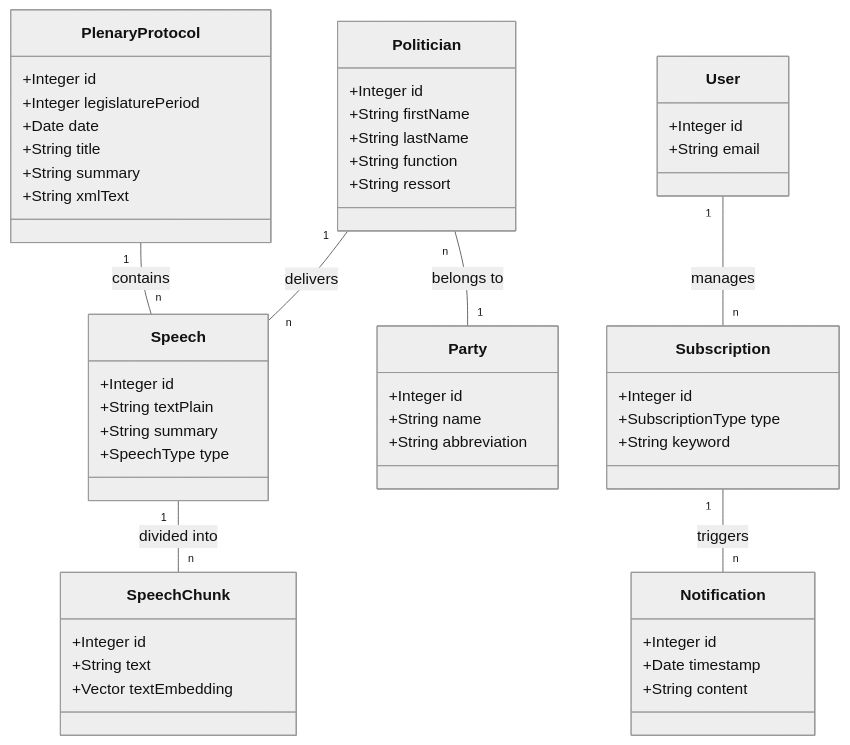
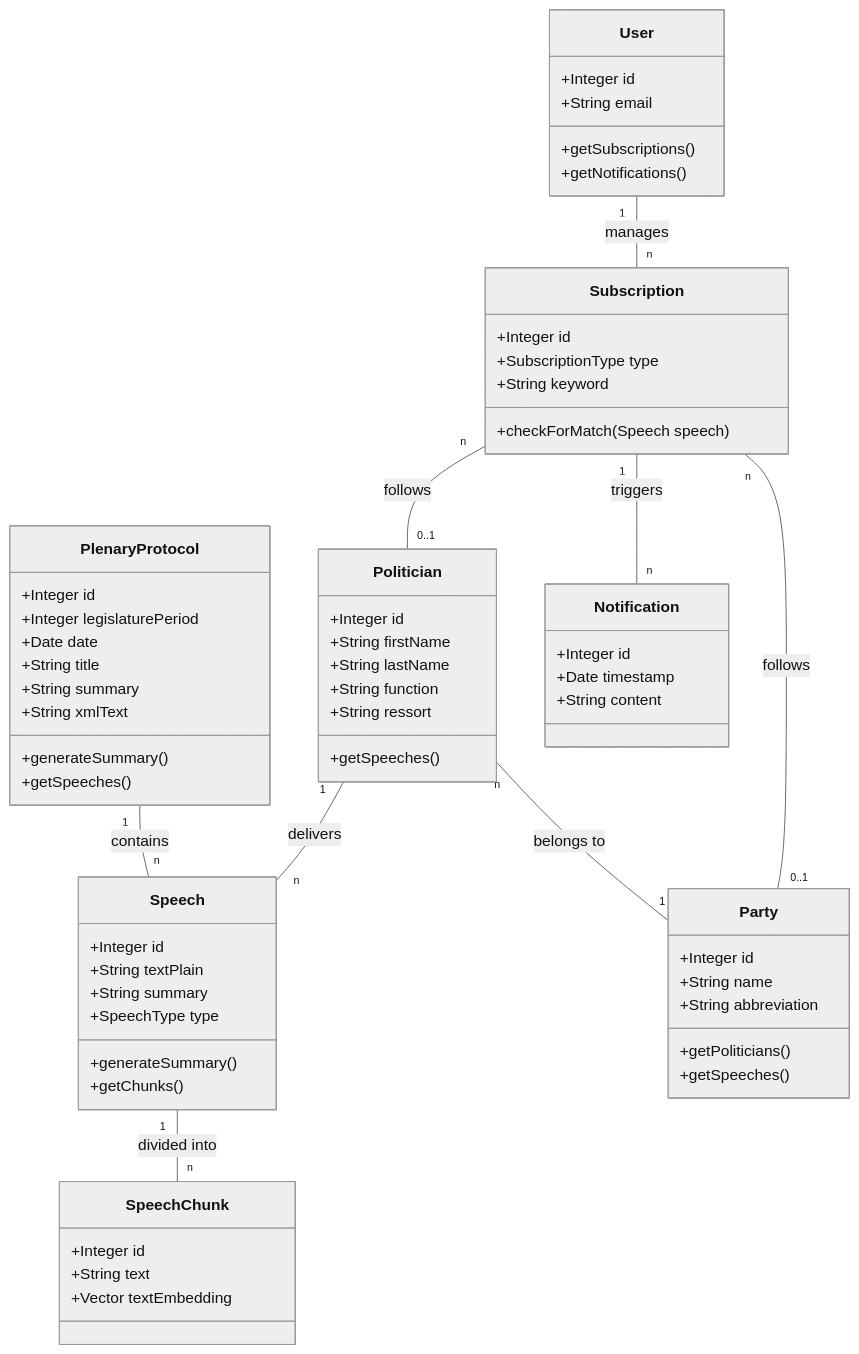
One commit to AET-DevOps25/team-rest-in-peace changed the diagram in documentation/Analysis Object Model.mmd. Above: the diagram before and after it, drawn with Mermaid (neutral theme).

Commit message:
added functions in AOM

```diff
--- a/documentation/Analysis Object Model.mmd
+++ b/documentation/Analysis Object Model.mmd
@@ -1,60 +1,72 @@
 classDiagram
     class PlenaryProtocol {
         +Integer id
         +Integer legislaturePeriod
         +Date date
         +String title
         +String summary
         +String xmlText
+        +generateSummary()
+        +getSpeeches()
     }
-    
+
     class Speech {
         +Integer id
         +String textPlain
         +String summary
         +SpeechType type
+        +generateSummary()
+        +getChunks()
     }
-    
+
     class SpeechChunk {
         +Integer id
         +String text
         +Vector textEmbedding
     }
-    
+
     class Politician {
         +Integer id
         +String firstName
         +String lastName
         +String function
         +String ressort
+        +getSpeeches()
     }
-    
+
     class Party {
         +Integer id
         +String name
         +String abbreviation
+        +getPoliticians()
+        +getSpeeches()
     }
-    
+
     class User {
         +Integer id
         +String email
+        +getSubscriptions()
+        +getNotifications()
     }
-    
+
     class Subscription {
         +Integer id
         +SubscriptionType type
         +String keyword
+        +checkForMatch(Speech speech)
     }
-    
+
     class Notification {
         +Integer id
         +Date timestamp
         +String content
     }
-    
+
     PlenaryProtocol "1" -- "n" Speech : contains
     Speech "1" -- "n" SpeechChunk : divided into
     Politician "1" -- "n" Speech : delivers
     Politician "n" -- "1" Party : belongs to
     User "1" -- "n" Subscription : manages
     Subscription "1" -- "n" Notification : triggers
+    Subscription "n" -- "0..1" Politician : follows
+    Subscription "n" -- "0..1" Party : follows
```
